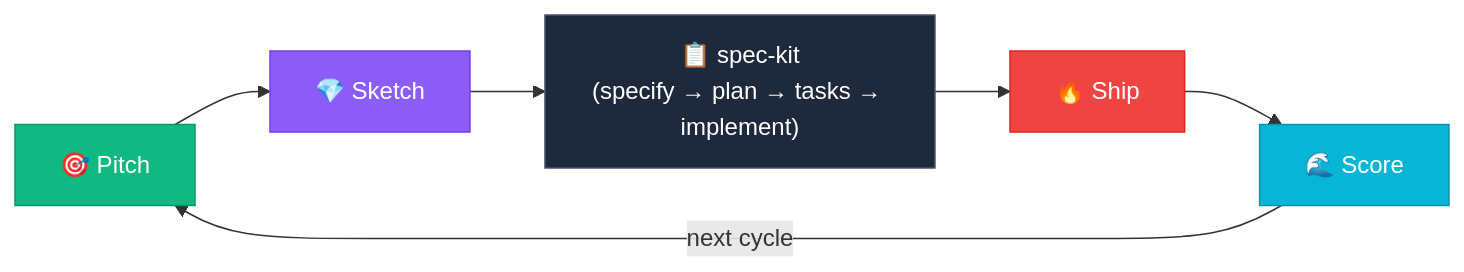
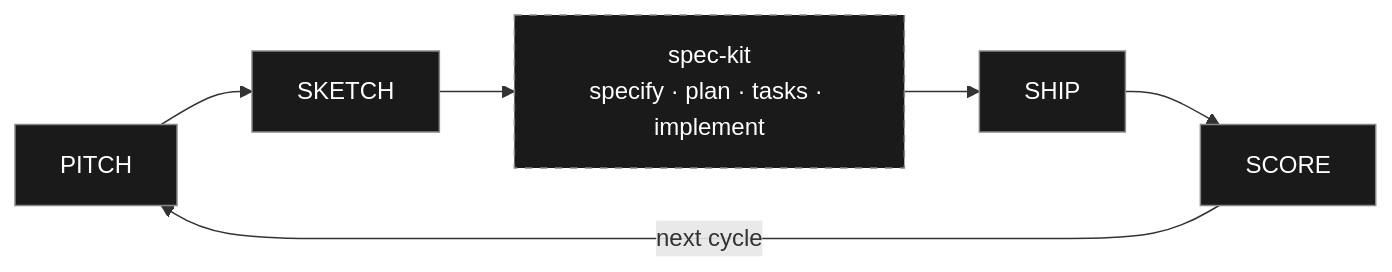
Before and after one commit to OR13/vibeslop: the diagram in README.md, drawn with Mermaid. The commit also changed other lines of this file, not shown here.

````diff
--- a/README.md
+++ b/README.md
@@ -11,14 +15,14 @@
 ```mermaid
 graph LR
-    P["🎯 Pitch"] --> S["💎 Sketch"]
-    S --> SK["📋 spec-kit<br/>(specify → plan → tasks → implement)"]
-    SK --> SH["🔥 Ship"]
-    SH --> SC["🌊 Score"]
+    P["PITCH"] --> S["SKETCH"]
+    S --> SK["spec-kit<br/>specify · plan · tasks · implement"]
+    SK --> SH["SHIP"]
+    SH --> SC["SCORE"]
     SC -->|next cycle| P
 
-    style P fill:#10b981,stroke:#059669,color:#fff
-    style S fill:#8b5cf6,stroke:#7c3aed,color:#fff
-    style SK fill:#1e293b,stroke:#475569,color:#fff
-    style SH fill:#ef4444,stroke:#dc2626,color:#fff
-    style SC fill:#06b6d4,stroke:#0891b2,color:#fff
+    style P fill:#1a1a1a,stroke:#888,color:#fff
+    style S fill:#1a1a1a,stroke:#888,color:#fff
+    style SK fill:#1a1a1a,stroke:#888,color:#fff,stroke-dasharray: 5 5
+    style SH fill:#1a1a1a,stroke:#888,color:#fff
+    style SC fill:#1a1a1a,stroke:#888,color:#fff
 ```
````
